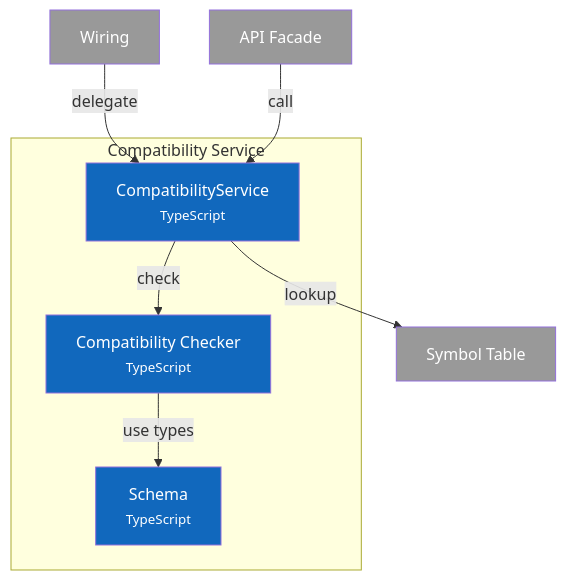
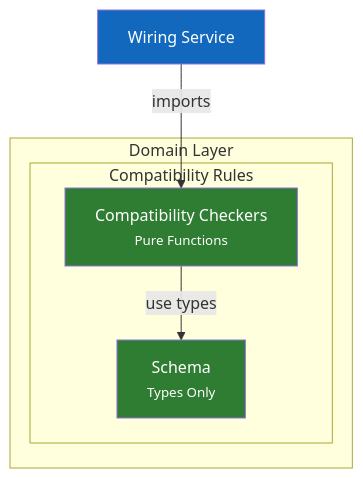
Before and after one commit to louipr/cyrus-code: the diagram in docs/c4/component-compatibility.md, drawn with Mermaid. The commit also changed other lines of this file and 4 other files, not shown here.

First line of the commit message:
docs: update architecture docs to reflect Clean Architecture refactoring

````diff
--- a/docs/c4/component-compatibility.md
+++ b/docs/c4/component-compatibility.md
@@ -9,21 +11,19 @@
 ```mermaid
 flowchart TD
-    subgraph compatibility ["Compatibility Service"]
-        service["CompatibilityService<br/><small>TypeScript</small>"]
-        compat["Compatibility Checker<br/><small>TypeScript</small>"]
-        schema["Schema<br/><small>TypeScript</small>"]
+    subgraph domain ["Domain Layer"]
+        subgraph compatibility ["Compatibility Rules"]
+            checkers["Compatibility Checkers<br/><small>Pure Functions</small>"]
+            schema["Schema<br/><small>Types Only</small>"]
+        end
     end
 
-    service -->|"check"| compat
-    service -->|"lookup"| st["Symbol Table"]
-    compat -->|"use types"| schema
+    checkers -->|"use types"| schema
 
-    wiring["Wiring"] -->|"delegate"| service
-    api["API Facade"] -->|"call"| service
+    wiring["Wiring Service"] -->|"imports"| checkers
 
-    classDef component fill:#1168bd,color:#fff
-    classDef external fill:#999,color:#fff
+    classDef domain fill:#2e7d32,color:#fff
+    classDef service fill:#1168bd,color:#fff
 
-    class service,compat,schema component
-    class st,wiring,api external
+    class checkers,schema domain
+    class wiring service
 ```
````
